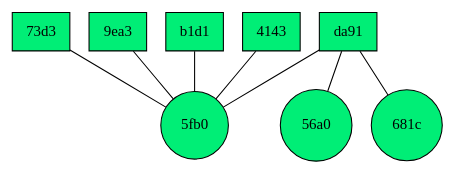
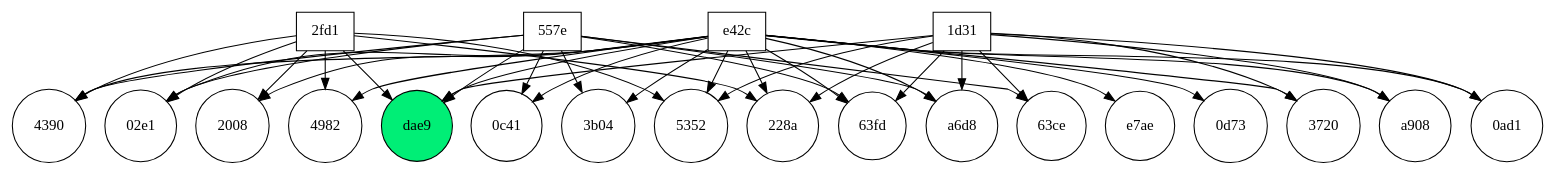
One commit to louis-prudhomme/indus-cw2 changed the diagram in dot.gv. Above: the diagram before and after it, drawn with Graphviz. The commit also changed 1 other file, not shown here.

```diff
--- a/dot.gv
+++ b/dot.gv
@@ -1,25 +1,84 @@
-graph dot {
+digraph dot {
 	node [fillcolor=springgreen2 shape=circle style=filled]
-	"140228202800-6ef39a241f35301a9a42cd0ed21e5fb0" [label="5fb0"]
-	node [fillcolor=springgreen2 shape=box style=filled]
-	"04daa9ed9dde73d3" [label="73d3"]
-	node [shape=box]
-	"2f63e0cca690da91" [label=da91]
+	"140207031738-eb742a5444c9b73df2d1ec9bff15dae9" [label=dae9]
+	node [fillcolor=white shape=box]
+	"1f891eb0b573e42c" [label=e42c]
 	node [shape=circle]
-	"140204115519-f5fa6ce8b288c9f10e0c8bc7e1a456a0" [label="56a0"]
+	"130829155547-4da063e3c66df0bc6149aced2abc3720" [label=3720]
 	node [shape=circle]
-	"140219141540-c900b41f845c67cc08b58911155c681c" [label="681c"]
-	node [shape=box]
-	b2a24f14bb5c9ea3 [label="9ea3"]
-	node [shape=box]
-	"6229cca3564cb1d1" [label=b1d1]
-	node [shape=box]
-	"355361a351094143" [label=4143]
-	"04daa9ed9dde73d3" -- "140228202800-6ef39a241f35301a9a42cd0ed21e5fb0"
-	b2a24f14bb5c9ea3 -- "140228202800-6ef39a241f35301a9a42cd0ed21e5fb0"
-	"355361a351094143" -- "140228202800-6ef39a241f35301a9a42cd0ed21e5fb0"
-	"6229cca3564cb1d1" -- "140228202800-6ef39a241f35301a9a42cd0ed21e5fb0"
-	"2f63e0cca690da91" -- "140204115519-f5fa6ce8b288c9f10e0c8bc7e1a456a0"
-	"2f63e0cca690da91" -- "140228202800-6ef39a241f35301a9a42cd0ed21e5fb0"
-	"2f63e0cca690da91" -- "140219141540-c900b41f845c67cc08b58911155c681c"
+	"130308221433-09f8d746cb5e46f79842433817ffa908" [label=a908]
+	node [shape=circle]
+	"130813183014-f447fd9c4d6abcdfb20e8f0d925c63fd" [label="63fd"]
+	node [shape=circle]
+	"130322204045-7e140c31b4df4b8da1b0d4a410620ad1" [label="0ad1"]
+	node [shape=circle]
+	"130829034400-ae346135ab80c636d6d7b4c0f7960c41" [label="0c41"]
+	node [shape=circle]
+	"130412203635-288742d148524251b4ef59dfaa222008" [label=2008]
+	node [shape=circle]
+	"130828160643-3f7e01676f04a2f60d02f80fcbd702e1" [label="02e1"]
+	node [shape=circle]
+	"130517181940-3f89e9f4524d4e769c205ed6f1b0e7ae" [label=e7ae]
+	node [shape=circle]
+	"130412215325-b2802be64be04a86b8c67acede394982" [label=4982]
+	node [shape=circle]
+	"130601015527-c1e2993d8290975e7ef350f078134390" [label=4390]
+	node [shape=circle]
+	"131004224723-076660492fa2c66e5398e3dde8890d73" [label="0d73"]
+	node [shape=circle]
+	"131022215916-907a48e13645fa9a81860efd03e85352" [label=5352]
+	node [shape=circle]
+	"130626002918-2e934fcf5642becffed4c4325fcfa6d8" [label=a6d8]
+	node [shape=circle]
+	"130406004921-f9e3072c82364ccfba25da4bc8be3b04" [label="3b04"]
+	node [shape=circle]
+	"130930182254-898ec9d4d3724afb31b1168517d4228a" [label="228a"]
+	node [fillcolor=white shape=box]
+	"3f64bccfd160557e" [label="557e"]
+	node [shape=circle]
+	"131030220741-ce78b0b193120c40fd3916fb616b63ce" [label="63ce"]
+	node [fillcolor=white shape=box]
+	"383508ea93fd2fd1" [label="2fd1"]
+	node [fillcolor=white shape=box]
+	"7134a88f8b201d31" [label="1d31"]
+	"7134a88f8b201d31" -> "131022215916-907a48e13645fa9a81860efd03e85352"
+	"3f64bccfd160557e" -> "140207031738-eb742a5444c9b73df2d1ec9bff15dae9"
+	"3f64bccfd160557e" -> "130829034400-ae346135ab80c636d6d7b4c0f7960c41"
+	"1f891eb0b573e42c" -> "130828160643-3f7e01676f04a2f60d02f80fcbd702e1"
+	"1f891eb0b573e42c" -> "130412215325-b2802be64be04a86b8c67acede394982"
+	"1f891eb0b573e42c" -> "130626002918-2e934fcf5642becffed4c4325fcfa6d8"
+	"1f891eb0b573e42c" -> "130601015527-c1e2993d8290975e7ef350f078134390"
+	"7134a88f8b201d31" -> "131030220741-ce78b0b193120c40fd3916fb616b63ce"
+	"1f891eb0b573e42c" -> "130406004921-f9e3072c82364ccfba25da4bc8be3b04"
+	"7134a88f8b201d31" -> "130829155547-4da063e3c66df0bc6149aced2abc3720"
+	"1f891eb0b573e42c" -> "130930182254-898ec9d4d3724afb31b1168517d4228a"
+	"383508ea93fd2fd1" -> "130828160643-3f7e01676f04a2f60d02f80fcbd702e1"
+	"383508ea93fd2fd1" -> "130412215325-b2802be64be04a86b8c67acede394982"
+	"383508ea93fd2fd1" -> "130601015527-c1e2993d8290975e7ef350f078134390"
+	"1f891eb0b573e42c" -> "130813183014-f447fd9c4d6abcdfb20e8f0d925c63fd"
+	"3f64bccfd160557e" -> "130828160643-3f7e01676f04a2f60d02f80fcbd702e1"
+	"383508ea93fd2fd1" -> "130930182254-898ec9d4d3724afb31b1168517d4228a"
+	"7134a88f8b201d31" -> "140207031738-eb742a5444c9b73df2d1ec9bff15dae9"
+	"1f891eb0b573e42c" -> "130322204045-7e140c31b4df4b8da1b0d4a410620ad1"
+	"3f64bccfd160557e" -> "130626002918-2e934fcf5642becffed4c4325fcfa6d8"
+	"3f64bccfd160557e" -> "130601015527-c1e2993d8290975e7ef350f078134390"
+	"1f891eb0b573e42c" -> "130308221433-09f8d746cb5e46f79842433817ffa908"
+	"1f891eb0b573e42c" -> "131022215916-907a48e13645fa9a81860efd03e85352"
+	"3f64bccfd160557e" -> "130406004921-f9e3072c82364ccfba25da4bc8be3b04"
+	"3f64bccfd160557e" -> "130813183014-f447fd9c4d6abcdfb20e8f0d925c63fd"
+	"1f891eb0b573e42c" -> "130412203635-288742d148524251b4ef59dfaa222008"
+	"383508ea93fd2fd1" -> "131022215916-907a48e13645fa9a81860efd03e85352"
+	"7134a88f8b201d31" -> "130626002918-2e934fcf5642becffed4c4325fcfa6d8"
+	"1f891eb0b573e42c" -> "130829155547-4da063e3c66df0bc6149aced2abc3720"
+	"383508ea93fd2fd1" -> "130412203635-288742d148524251b4ef59dfaa222008"
+	"7134a88f8b201d31" -> "130930182254-898ec9d4d3724afb31b1168517d4228a"
+	"1f891eb0b573e42c" -> "130829034400-ae346135ab80c636d6d7b4c0f7960c41"
+	"7134a88f8b201d31" -> "130308221433-09f8d746cb5e46f79842433817ffa908"
+	"3f64bccfd160557e" -> "131030220741-ce78b0b193120c40fd3916fb616b63ce"
+	"1f891eb0b573e42c" -> "140207031738-eb742a5444c9b73df2d1ec9bff15dae9"
+	"7134a88f8b201d31" -> "130813183014-f447fd9c4d6abcdfb20e8f0d925c63fd"
+	"7134a88f8b201d31" -> "130322204045-7e140c31b4df4b8da1b0d4a410620ad1"
+	"1f891eb0b573e42c" -> "130517181940-3f89e9f4524d4e769c205ed6f1b0e7ae"
+	"383508ea93fd2fd1" -> "140207031738-eb742a5444c9b73df2d1ec9bff15dae9"
+	"1f891eb0b573e42c" -> "131004224723-076660492fa2c66e5398e3dde8890d73"
 }
```
